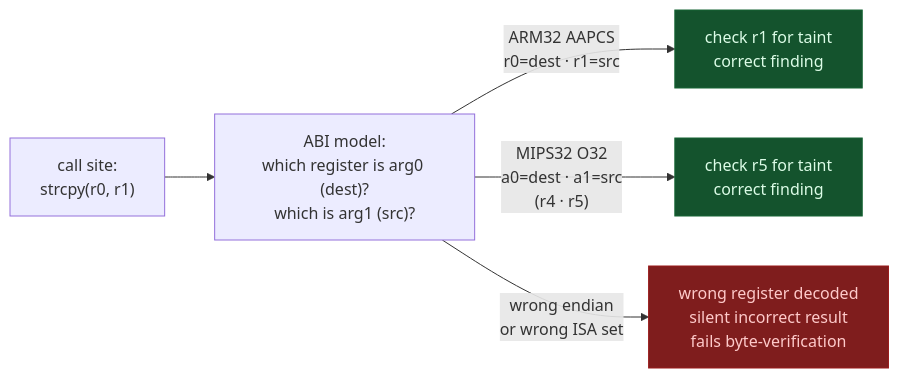
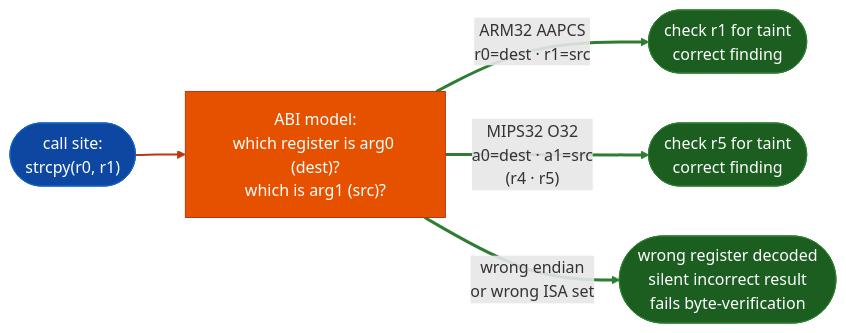
Before and after one commit to Ablation-Tool/ablation: the ninth of 22 diagrams in docs/overview.md, drawn with Mermaid. The commit also changed other lines of this file and 320 other files, not shown here.

First line of the commit message:
docs: apply canonical Mermaid template to all 321 diagrams

````diff
--- a/docs/overview.md
+++ b/docs/overview.md
@@ -236,11 +302,17 @@
 ```mermaid
 flowchart LR
-    A["call site:\nstrcpy(r0, r1)"] --> B["ABI model:\nwhich register is arg0 (dest)?\nwhich is arg1 (src)?"]
-    B -->|"ARM32 AAPCS\nr0=dest · r1=src"| C["check r1 for taint\ncorrect finding"]
-    B -->|"MIPS32 O32\na0=dest · a1=src\n(r4 · r5)"| D["check r5 for taint\ncorrect finding"]
-    B -->|"wrong endian\nor wrong ISA set"| E["wrong register decoded\nsilent incorrect result\nfails byte-verification"]
-
-    style C fill:#14532d,stroke:#166534,color:#dcfce7
-    style D fill:#14532d,stroke:#166534,color:#dcfce7
-    style E fill:#7f1d1d,stroke:#991b1b,color:#fecaca
+    A(["call site:\nstrcpy(r0, r1)"]):::input --> B["ABI model:\nwhich register is arg0 (dest)?\nwhich is arg1 (src)?"]:::primary
+    B:::primary -->|"ARM32 AAPCS\nr0=dest · r1=src"| C(["check r1 for taint\ncorrect finding"]):::output
+    B:::primary -->|"MIPS32 O32\na0=dest · a1=src\n(r4 · r5)"| D(["check r5 for taint\ncorrect finding"]):::output
+    B:::primary -->|"wrong endian\nor wrong ISA set"| E(["wrong register decoded\nsilent incorrect result\nfails byte-verification"]):::output
+    classDef input     fill:#0d47a1,stroke:#1565c0,color:#fff
+    classDef primary   fill:#e65100,stroke:#bf360c,color:#fff
+    classDef secondary fill:#004d40,stroke:#00695c,color:#fff
+    classDef tertiary  fill:#4a148c,stroke:#6a1b9a,color:#fff
+    classDef neutral   fill:#37474f,stroke:#546e7a,color:#fff
+    classDef output    fill:#1b5e20,stroke:#2e7d32,color:#fff
+    linkStyle 0 stroke:#bf360c,stroke-width:2px
+    linkStyle 1 stroke:#2e7d32,stroke-width:3px
+    linkStyle 2 stroke:#2e7d32,stroke-width:3px
+    linkStyle 3 stroke:#2e7d32,stroke-width:3px
 ```
````
